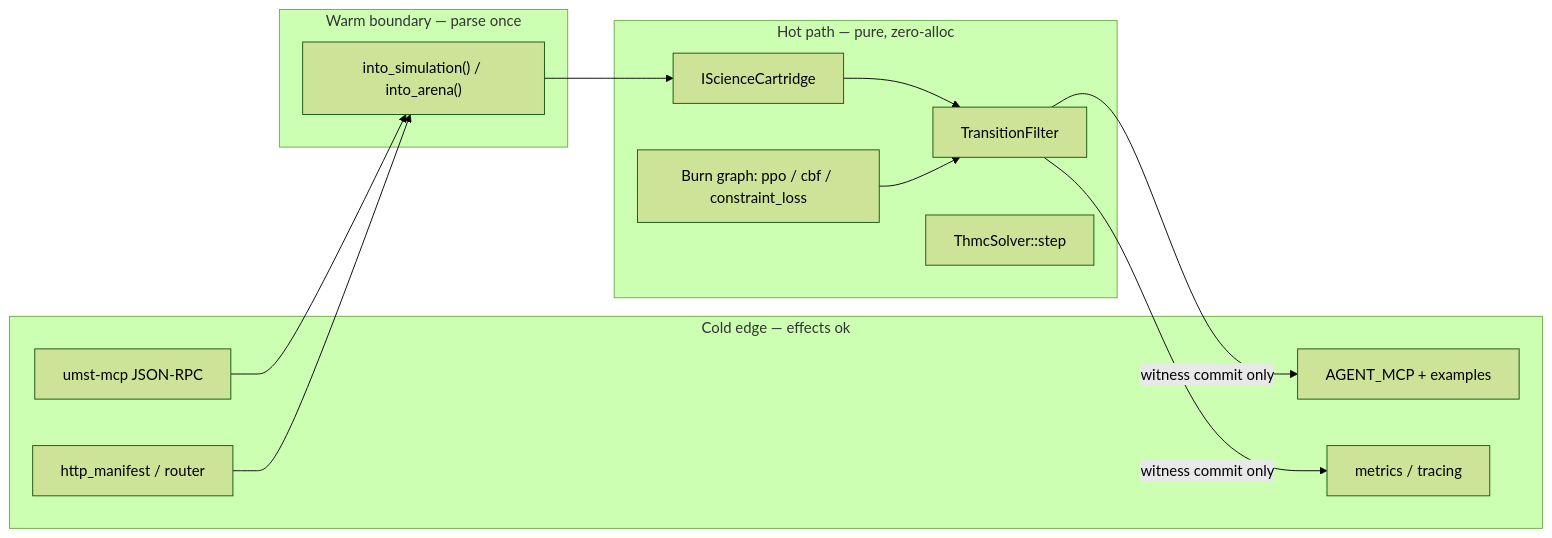
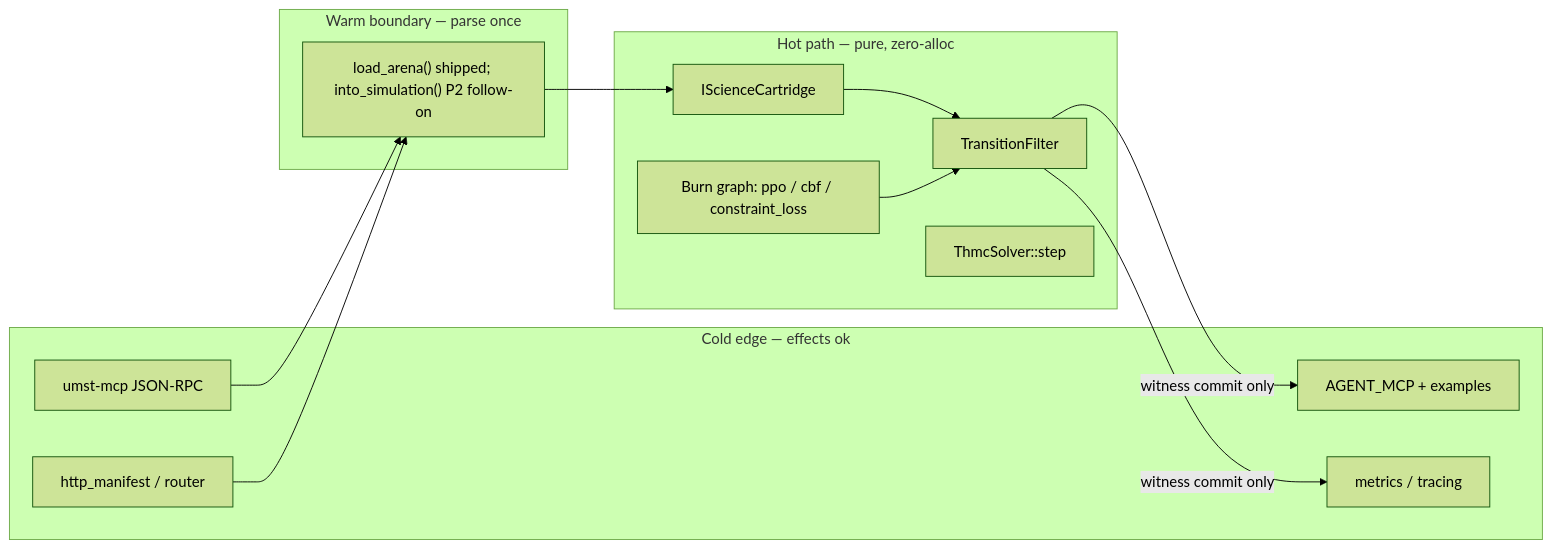
Before and after one commit to tytolabs/umst-manifold: the diagram in docs/RUNTIME_TOPOLOGY.md, drawn with Mermaid (forest theme). The commit also changed other lines of this file and 8 other files, not shown here.

````diff
--- a/docs/RUNTIME_TOPOLOGY.md
+++ b/docs/RUNTIME_TOPOLOGY.md
@@ -21,25 +21,25 @@
 ```mermaid
 flowchart LR
   subgraph cold [Cold edge — effects ok]
     MCP[umst-mcp JSON-RPC]
     HTTP[http_manifest / router]
     Docs[AGENT_MCP + examples]
     Tel[metrics / tracing]
   end
   subgraph warm [Warm boundary — parse once]
-    Sim["into_simulation() / into_arena()"]
+    Sim["load_arena() shipped; into_simulation() P2 follow-on"]
   end
   subgraph hot [Hot path — pure, zero-alloc]
     Cart[IScienceCartridge]
     Filt[TransitionFilter]
     Thmc[ThmcSolver::step]
     Burn[Burn graph: ppo / cbf / constraint_loss]
   end
   MCP --> Sim
   HTTP --> Sim
   Sim --> Cart
   Cart --> Filt
   Burn --> Filt
   Filt -->|witness commit only| Tel
   Filt -->|witness commit only| Docs
 ```
````
